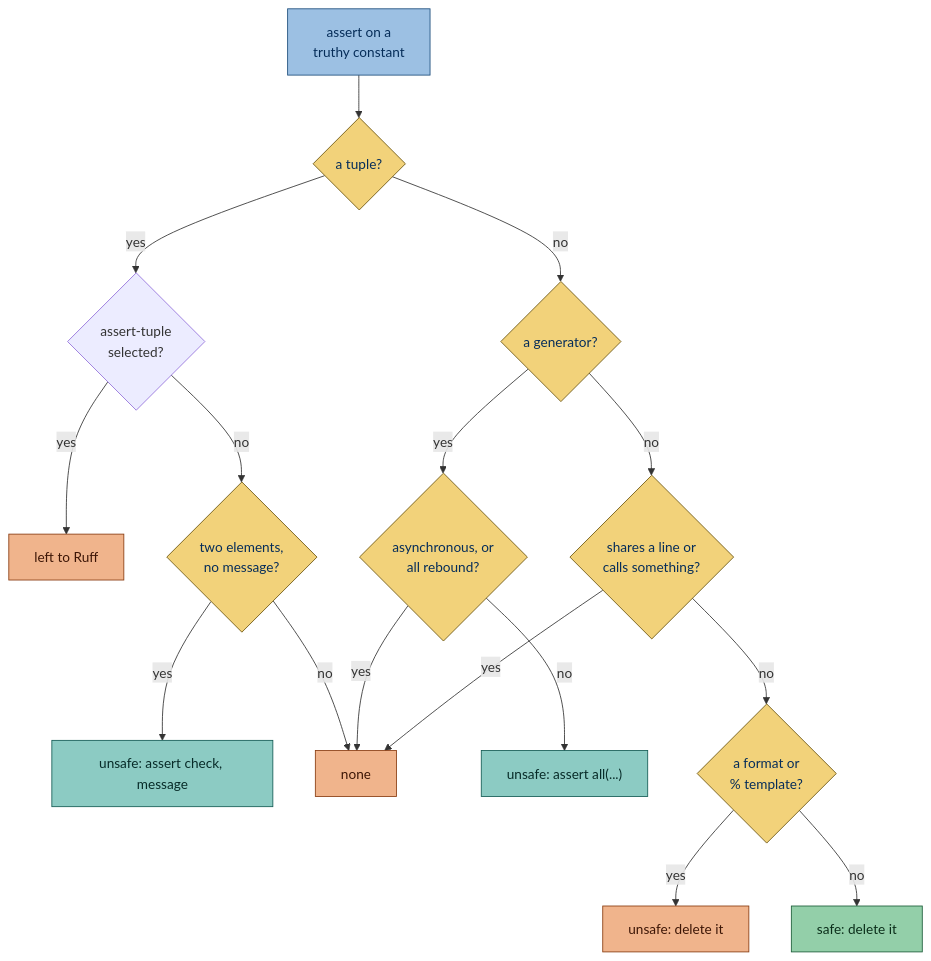
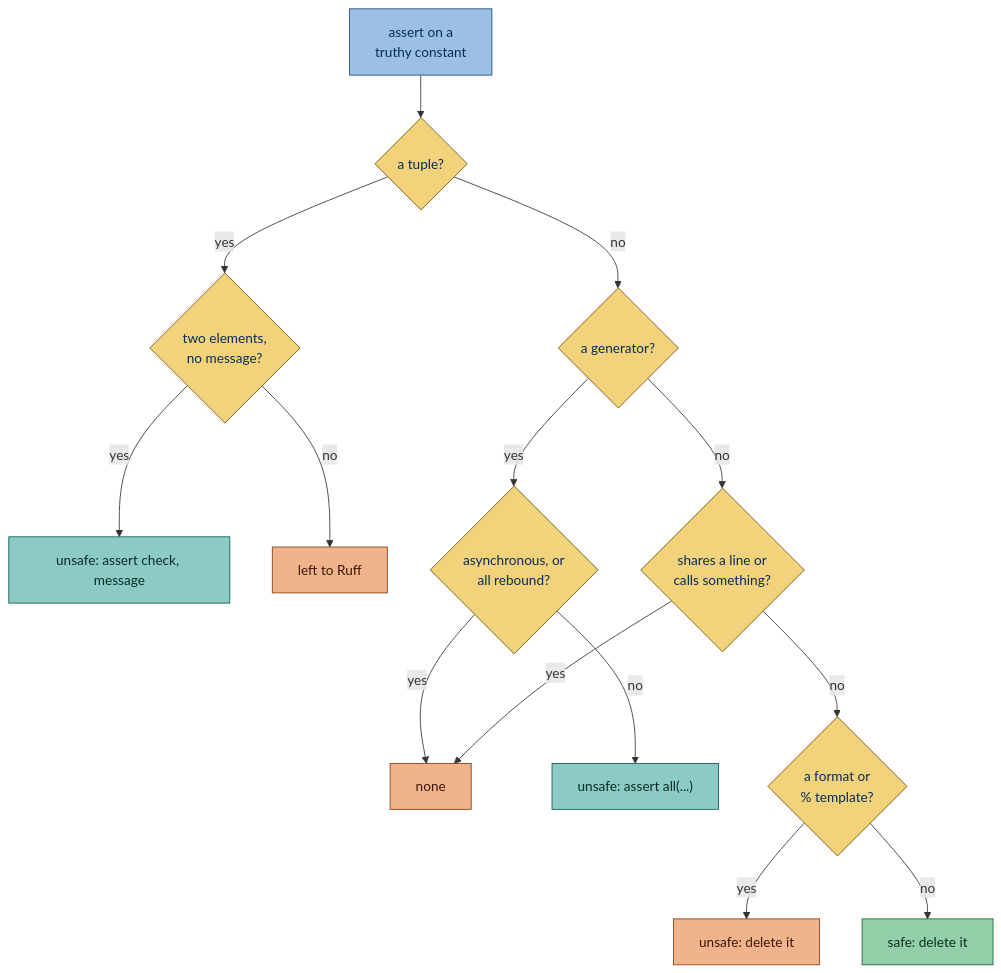
Before and after one commit to gaborbernat/simplint: the diagram in src/rules/testing/constant_assert.md, drawn with Mermaid. The commit also changed other lines of this file and 4 other files, not shown here.

````diff
--- a/src/rules/testing/constant_assert.md
+++ b/src/rules/testing/constant_assert.md
@@ -328,29 +311,27 @@
 ```mermaid
 flowchart TD
     assertion["assert on a<br/>truthy constant"] --> tuple{"a tuple?"}
-    tuple -->|yes| runs{"assert-tuple<br/>selected?"}
-    runs -->|yes| left["left to Ruff"]
-    runs -->|no| pair{"two elements,<br/>no message?"}
+    tuple -->|yes| pair{"two elements,<br/>no message?"}
     pair -->|yes| unwrap["unsafe: assert check, message"]
-    pair -->|no| none
+    pair -->|no| left["left to Ruff"]
     tuple -->|no| generator{"a generator?"}
     generator -->|yes| asynchronous{"asynchronous, or<br/>all rebound?"}
     asynchronous -->|yes| none
     asynchronous -->|no| wrap["unsafe: assert all(...)"]
     generator -->|no| blocked{"shares a line or<br/>calls something?"}
     blocked -->|yes| none
     blocked -->|no| template{"a format or<br/>% template?"}
     template -->|yes| unsafe["unsafe: delete it"]
     template -->|no| delete["safe: delete it"]
     classDef blue fill:#9cc0e3,stroke:#1f4f7d,color:#062d59
     classDef yellow fill:#f2d27a,stroke:#6b5410,color:#062d59
     classDef green fill:#93cfa9,stroke:#1d5e3a,color:#0b2e1a
     classDef teal fill:#8ccbc3,stroke:#145c55,color:#072b28
     classDef orange fill:#f0b48c,stroke:#8a3d12,color:#3d1606
     class assertion blue
     class blocked,tuple,pair,generator,asynchronous,template yellow
     class delete green
     class unsafe orange
     class unwrap,wrap teal
     class none,left orange
 ```
````
